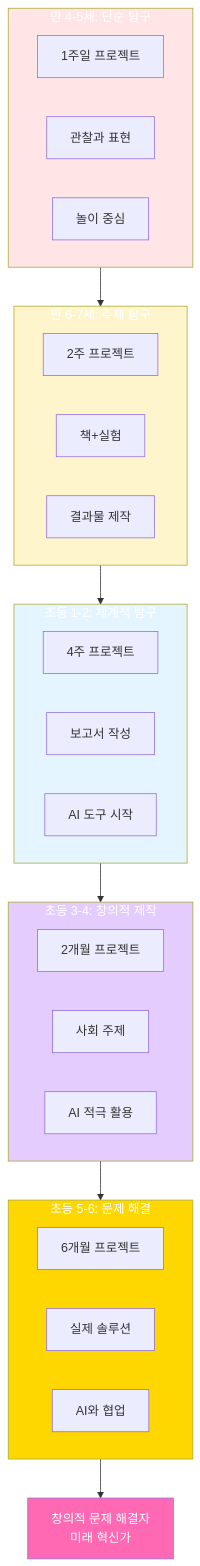
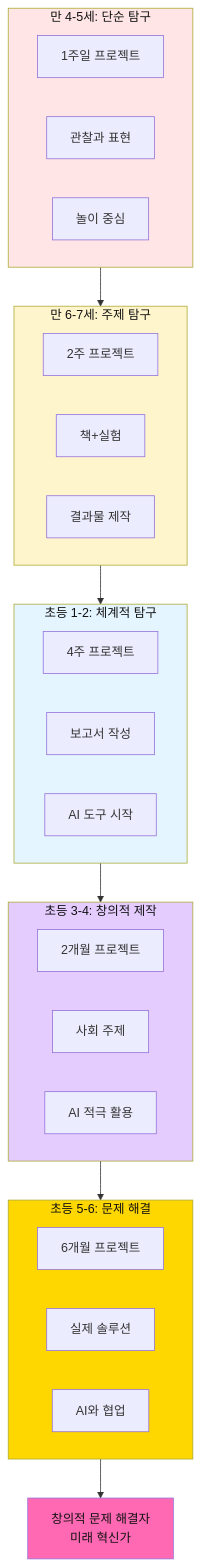
Before and after one commit to Collegenie-X/froebel: diagram 15 of 30 in 4단계_프뢰벨_프로젝트기반_교육과정.md, drawn with Mermaid. The commit also changed other lines of this file and 3 other files, not shown here.

````diff
--- a/4단계_프뢰벨_프로젝트기반_교육과정.md
+++ b/4단계_프뢰벨_프로젝트기반_교육과정.md
@@ -595,46 +601,46 @@
 ```mermaid
 graph TB
     subgraph Level1[만 4-5세: 단순 탐구]
         L1A[1주일 프로젝트]
         L1B[관찰과 표현]
         L1C[놀이 중심]
     end
     
     subgraph Level2[만 6-7세: 주제 탐구]
         L2A[2주 프로젝트]
         L2B[책+실험]
         L2C[결과물 제작]
     end
     
     subgraph Level3[초등 1-2: 체계적 탐구]
         L3A[4주 프로젝트]
         L3B[보고서 작성]
         L3C[AI 도구 시작]
     end
     
     subgraph Level4[초등 3-4: 창의적 제작]
         L4A[2개월 프로젝트]
         L4B[사회 주제]
         L4C[AI 적극 활용]
     end
     
     subgraph Level5[초등 5-6: 문제 해결]
         L5A[6개월 프로젝트]
         L5B[실제 솔루션]
         L5C[AI와 협업]
     end
     
     Level1 --> Level2
     Level2 --> Level3
     Level3 --> Level4
     Level4 --> Level5
     
     Level5 --> Result[창의적 문제 해결자<br/>미래 혁신가]
     
-    style Level1 fill:#FFE5E5,color:#fff
-    style Level2 fill:#FFF5CC,color:#fff
-    style Level3 fill:#E5F5FF,color:#fff
-    style Level4 fill:#E5CCFF,color:#fff
-    style Level5 fill:#FFD700,color:#fff
-    style Result fill:#FF69B4,color:#fff
+    style Level1 fill:#FFE5E5,color:#111
+    style Level2 fill:#FFF5CC,color:#111
+    style Level3 fill:#E5F5FF,color:#111
+    style Level4 fill:#E5CCFF,color:#111
+    style Level5 fill:#FFD700,color:#111
+    style Result fill:#FF69B4,color:#111
 ```
````
